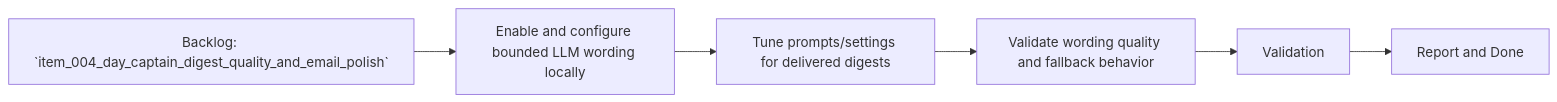
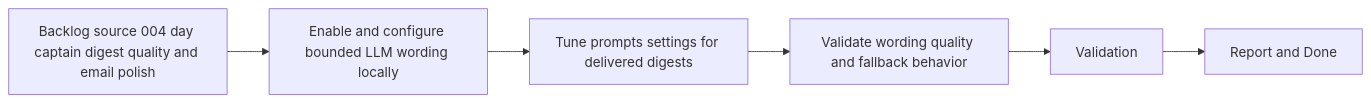
The diagram in logics/tasks/task_010_day_captain_llm_digest_wording_activation_and_tuning.md (AlexAgo83/day-captain), drawn with Mermaid before and after one commit. The commit also changed 40 other files, not shown here.

Commit message:
Normalize Logics Mermaid diagrams

````diff
--- a/logics/tasks/task_010_day_captain_llm_digest_wording_activation_and_tuning.md
+++ b/logics/tasks/task_010_day_captain_llm_digest_wording_activation_and_tuning.md
@@ -18,8 +18,8 @@
 ```mermaid
 flowchart LR
-    Backlog[Backlog: `item_004_day_captain_digest_quality_and_email_polish`] --> Step1[Enable and configure bounded LLM wording locally]
-    Step1 --> Step2[Tune prompts/settings for delivered digests]
+    Backlog[Backlog source 004 day captain digest quality and email polish] --> Step1[Enable and configure bounded LLM wording locally]
+    Step1 --> Step2[Tune prompts settings for delivered digests]
     Step2 --> Step3[Validate wording quality and fallback behavior]
     Step3 --> Validation[Validation]
     Validation --> Report[Report and Done]
 ```
````
